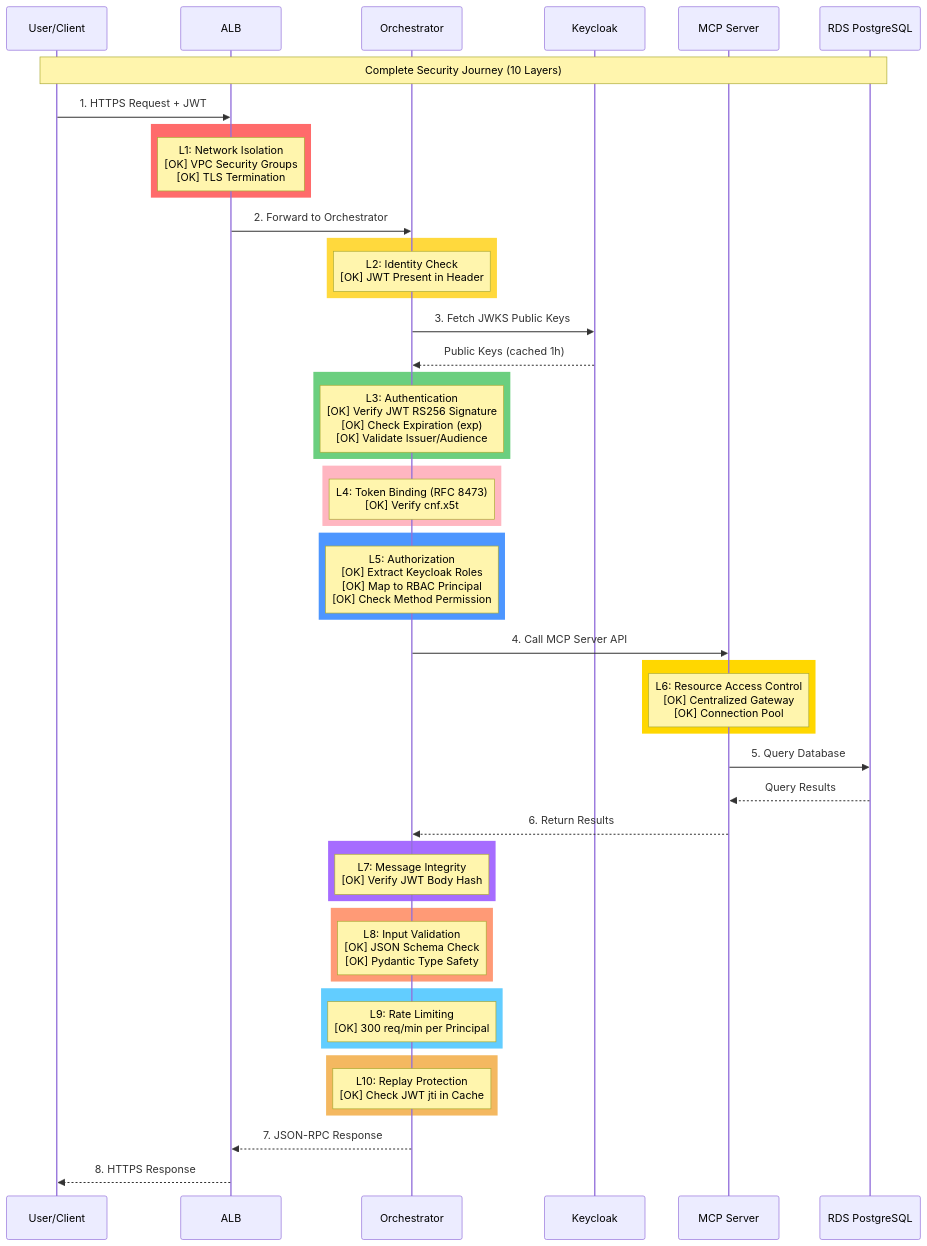
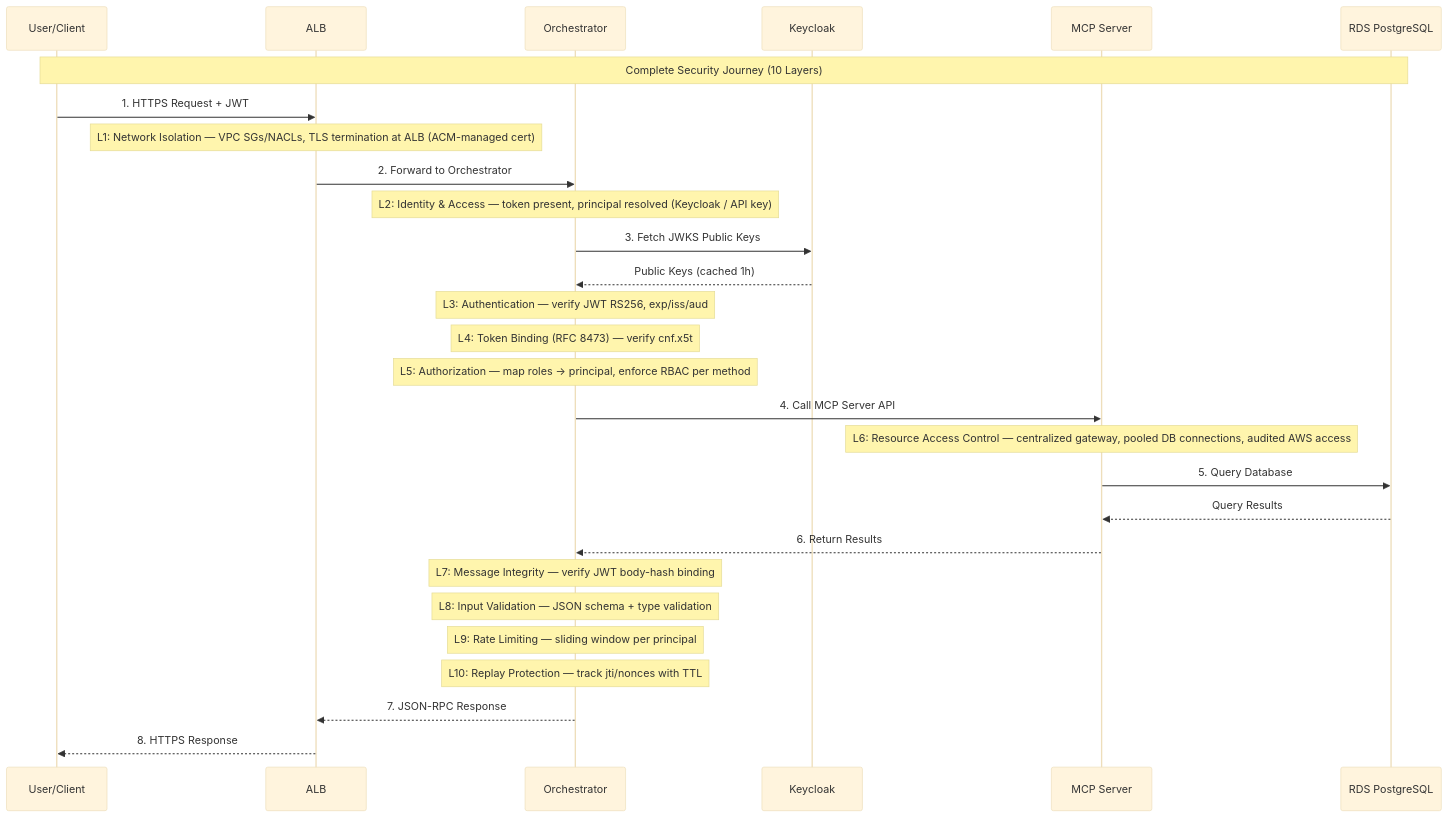
Before and after one commit to jaafar-benabderrazak/ca_a2a: the fourth of 10 diagrams in CA_A2A_COMPLETE_SECURITY_DOCUMENTATION.md, drawn with Mermaid. The commit also changed other lines of this file, not shown here.

First line of the commit message:
Improve security documentation readability and ops coverage

````diff
--- a/CA_A2A_COMPLETE_SECURITY_DOCUMENTATION.md
+++ b/CA_A2A_COMPLETE_SECURITY_DOCUMENTATION.md
@@ -300,67 +304,48 @@
 ```mermaid
+%%{init: {"theme":"base","themeVariables":{"fontSize":"12px"}}}%%
 sequenceDiagram
     participant User as User/Client
     participant ALB as ALB
     participant Orch as Orchestrator
     participant KC as Keycloak
     participant MCP as MCP Server
     participant RDS as RDS PostgreSQL
 
     Note over User,RDS: Complete Security Journey (10 Layers)
 
     User->>ALB: 1. HTTPS Request + JWT
     
-    rect rgb(255, 107, 107)
-    Note over ALB: L1: Network Isolation<br/>[OK] VPC Security Groups<br/>[OK] TLS Termination
-    end
+    Note over ALB: L1: Network Isolation — VPC SGs/NACLs, TLS termination at ALB (ACM-managed cert)
     
     ALB->>Orch: 2. Forward to Orchestrator
     
-    rect rgb(255, 217, 61)
-    Note over Orch: L2: Identity Check<br/>[OK] JWT Present in Header
-    end
+    Note over Orch: L2: Identity & Access — token present, principal resolved (Keycloak / API key)
     
     Orch->>KC: 3. Fetch JWKS Public Keys
     KC-->>Orch: Public Keys (cached 1h)
     
-    rect rgb(107, 207, 127)
-    Note over Orch: L3: Authentication<br/>[OK] Verify JWT RS256 Signature<br/>[OK] Check Expiration (exp)<br/>[OK] Validate Issuer/Audience
-    end
+    Note over Orch: L3: Authentication — verify JWT RS256, exp/iss/aud
     
-    rect rgb(255, 182, 193)
-    Note over Orch: L4: Token Binding (RFC 8473)<br/>[OK] Verify cnf.x5t#S256<br/>[OK] Match client certificate
-    end
+    Note over Orch: L4: Token Binding (RFC 8473) — verify cnf.x5t#S256 matches presented cert
     
-    rect rgb(77, 150, 255)
-    Note over Orch: L5: Authorization<br/>[OK] Extract Keycloak Roles<br/>[OK] Map to RBAC Principal<br/>[OK] Check Method Permission
-    end
+    Note over Orch: L5: Authorization — map roles → principal, enforce RBAC per method
     
     Orch->>MCP: 4. Call MCP Server API
     
-    rect rgb(255, 215, 0)
-    Note over MCP: L6: Resource Access Control<br/>[OK] Centralized Gateway<br/>[OK] Connection Pool
-    end
+    Note over MCP: L6: Resource Access Control — centralized gateway, pooled DB connections, audited AWS access
     
     MCP->>RDS: 5. Query Database
     RDS-->>MCP: Query Results
     MCP-->>Orch: 6. Return Results
     
-    rect rgb(166, 108, 255)
-    Note over Orch: L7: Message Integrity<br/>[OK] Verify JWT Body Hash
-    end
+    Note over Orch: L7: Message Integrity — verify JWT body-hash binding
     
-    rect rgb(255, 154, 118)
-    Note over Orch: L8: Input Validation<br/>[OK] JSON Schema Check<br/>[OK] Pydantic Type Safety
-    end
+    Note over Orch: L8: Input Validation — JSON schema + type validation
     
-    rect rgb(98, 205, 255)
-    Note over Orch: L9: Rate Limiting<br/>[OK] 300 req/min per Principal
-    end
+    Note over Orch: L9: Rate Limiting — sliding window per principal
     
-    rect rgb(244, 184, 96)
-    Note over Orch: L10: Replay Protection<br/>[OK] Check JWT jti in Cache
-    end
+    Note over Orch: L10: Replay Protection — track jti/nonces with TTL
     
     Orch-->>ALB: 7. JSON-RPC Response
     ALB-->>User: 8. HTTPS Response
 ```
````
